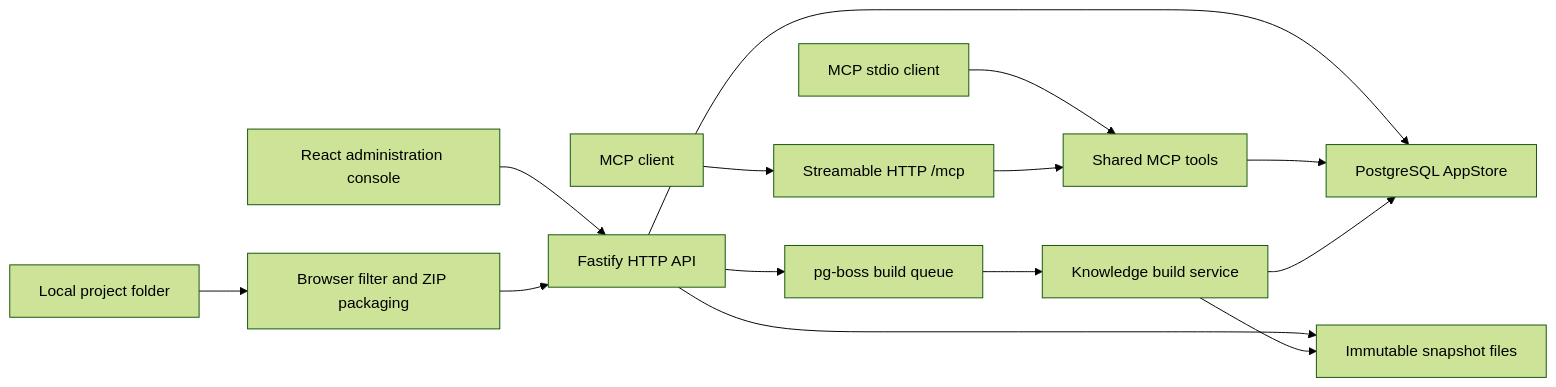
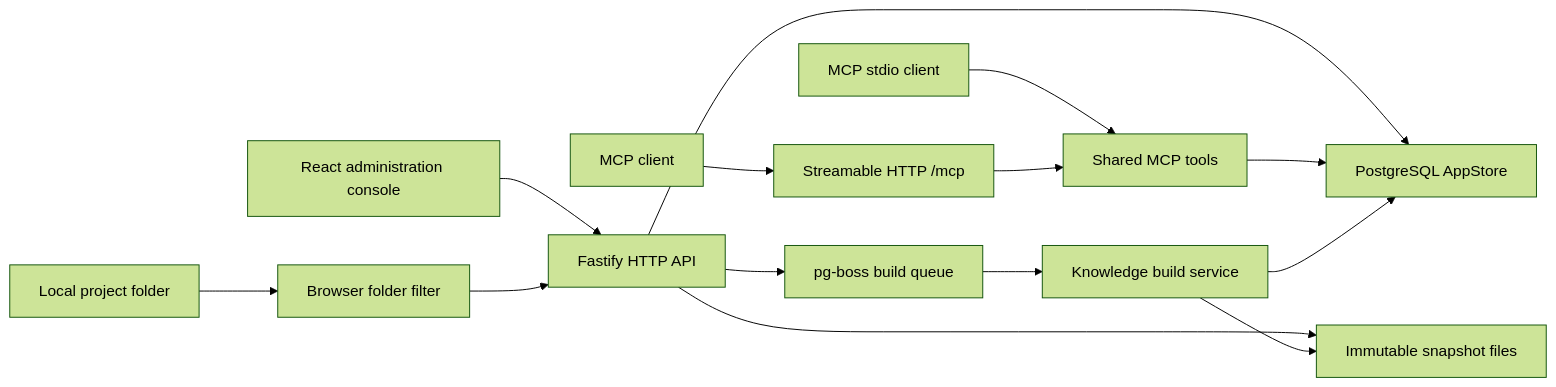
One commit to wzfdhr/Dev-Knowledge-Hub changed the diagram in docs/architecture.md. Above: the diagram before and after it, drawn with Mermaid (forest theme). The commit also changed other lines of this file and 19 other files, not shown here.

````diff
--- a/docs/architecture.md
+++ b/docs/architecture.md
@@ -7,16 +7,16 @@
 ```mermaid
 flowchart LR
   Console["React administration console"] --> API["Fastify HTTP API"]
-  Folder["Local project folder"] --> Filter["Browser filter and ZIP packaging"]
+  Folder["Local project folder"] --> Filter["Browser folder filter"]
   Filter --> API
   Agent["MCP client"] --> HTTP["Streamable HTTP /mcp"]
   Stdio["MCP stdio client"] --> Tools["Shared MCP tools"]
   HTTP --> Tools
   API --> Store["PostgreSQL AppStore"]
   Tools --> Store
   API --> Snapshots["Immutable snapshot files"]
   API --> Queue["pg-boss build queue"]
   Queue --> Worker["Knowledge build service"]
   Worker --> Store
   Worker --> Snapshots
 ```
````
